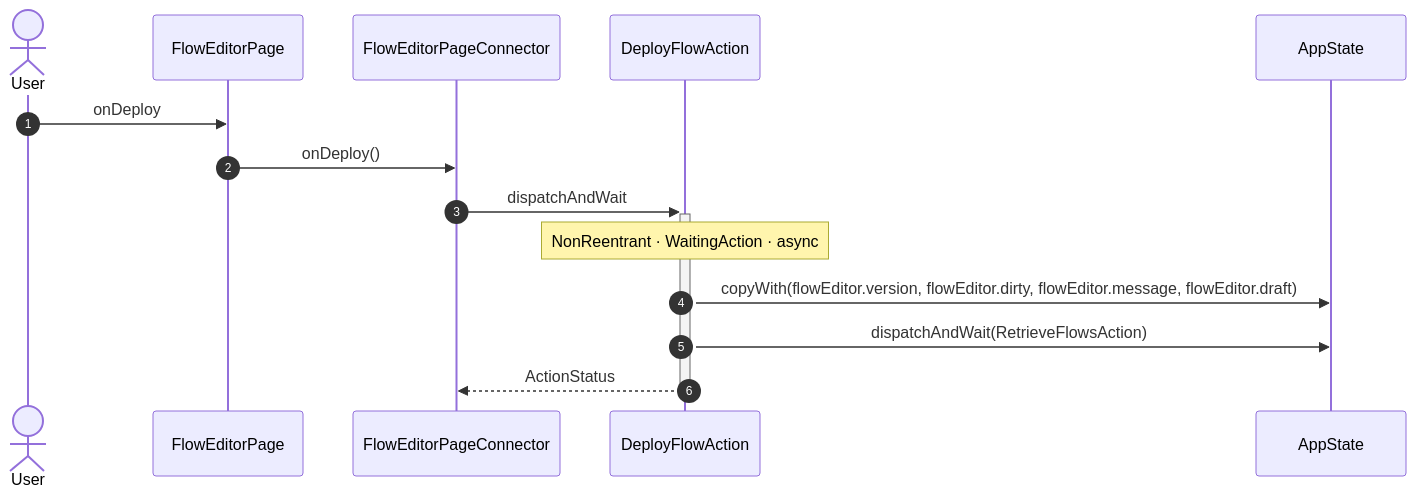
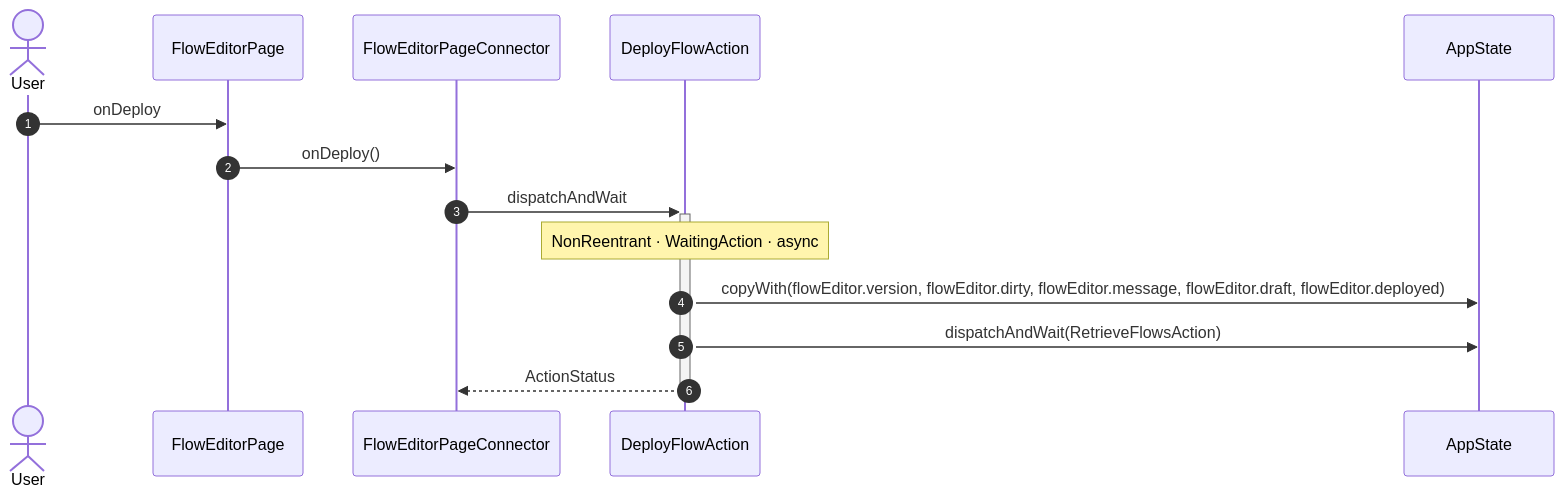
Before and after one commit to gencto/wyrm: the second of 20 diagrams in studio/docs/flows/flowEditor.md, drawn with Mermaid. The commit also changed other lines of this file and 48 other files, not shown here.

````diff
--- a/studio/docs/flows/flowEditor.md
+++ b/studio/docs/flows/flowEditor.md
@@ -45,17 +27,17 @@
 ```mermaid
 sequenceDiagram
     autonumber
     actor User
     participant UI as FlowEditorPage
     participant VM as FlowEditorPageConnector
     participant A1 as DeployFlowAction
     participant ST as AppState
 
     User->>UI: onDeploy
     UI->>VM: onDeploy()
     VM->>+A1: dispatchAndWait
     Note over A1: NonReentrant · WaitingAction · async
-    A1->>ST: copyWith(flowEditor.version, flowEditor.dirty, flowEditor.message, flowEditor.draft)
+    A1->>ST: copyWith(flowEditor.version, flowEditor.dirty, flowEditor.message, flowEditor.draft, flowEditor.deployed)
     A1->>ST: dispatchAndWait(RetrieveFlowsAction)
     A1-->>-VM: ActionStatus
 ```
````
